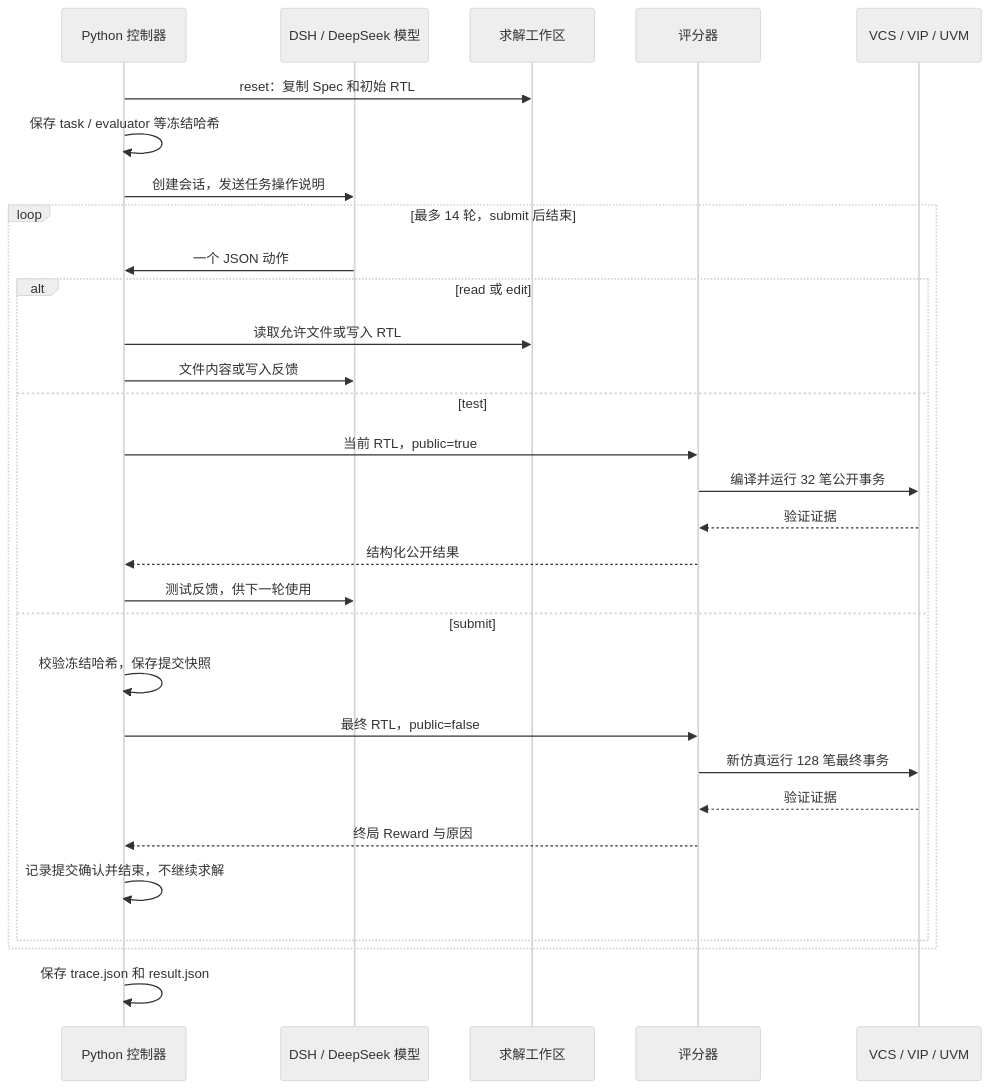
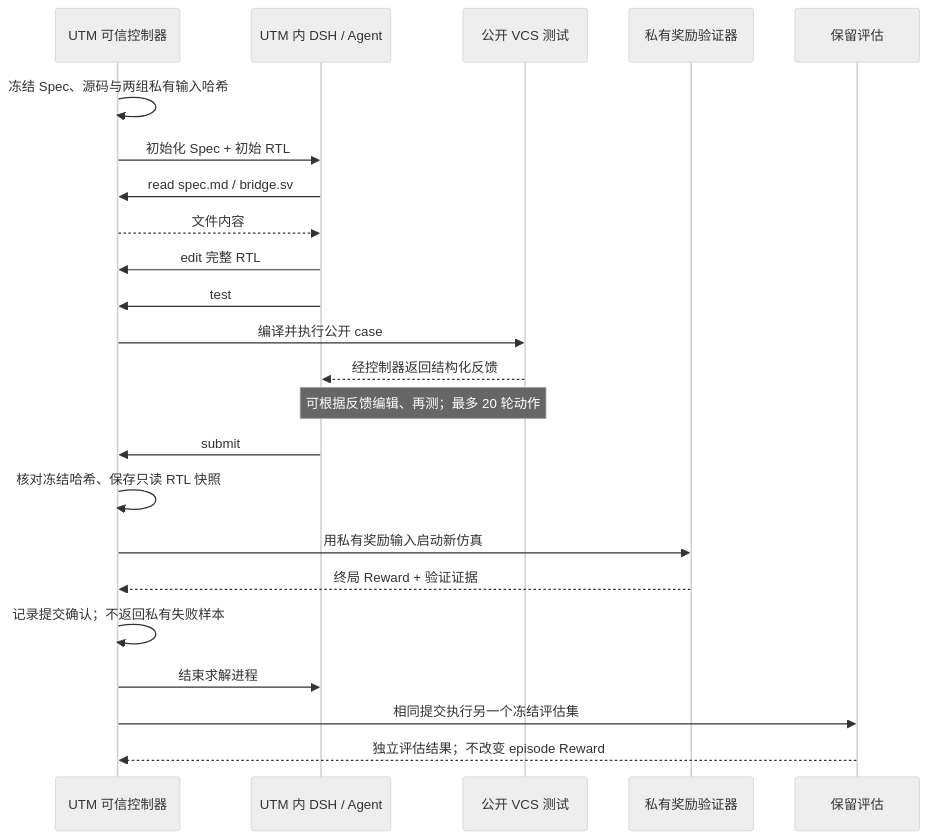
The diagram in docs/agent-workflow.md (5Mcv4He/ProtocolBridge-RL), drawn with Mermaid (neutral theme) before and after one commit. The commit also changed other lines of this file and 34 other files, not shown here.

Commit message:
feat: run DSH in UTM and add requirement-driven VIP verification

````diff
--- a/docs/agent-workflow.md
+++ b/docs/agent-workflow.md
@@ -25,32 +13,25 @@
 ```mermaid
 sequenceDiagram
-    participant C as Python 控制器
-    participant M as DSH / DeepSeek 模型
-    participant W as 求解工作区
-    participant G as 评分器
-    participant V as VCS / VIP / UVM
-    C->>W: reset：复制 Spec 和初始 RTL
-    C->>C: 保存 task / evaluator 等冻结哈希
-    C->>M: 创建会话，发送任务操作说明
-    loop 最多 14 轮，submit 后结束
-        M->>C: 一个 JSON 动作
-        alt read 或 edit
-            C->>W: 读取允许文件或写入 RTL
-            C->>M: 文件内容或写入反馈
-        else test
-            C->>G: 当前 RTL，public=true
-            G->>V: 编译并运行 32 笔公开事务
-            V-->>G: 验证证据
-            G-->>C: 结构化公开结果
-            C->>M: 测试反馈，供下一轮使用
-        else submit
-            C->>C: 校验冻结哈希，保存提交快照
-            C->>G: 最终 RTL，public=false
-            G->>V: 新仿真运行 128 笔最终事务
-            V-->>G: 验证证据
-            G-->>C: 终局 Reward 与原因
-            C->>C: 记录提交确认并结束，不继续求解
-        end
-    end
-    C->>C: 保存 trace.json 和 result.json
+    participant C as UTM 可信控制器
+    participant D as UTM 内 DSH / Agent
+    participant P as 公开 VCS 测试
+    participant G as 私有奖励验证器
+    participant E as 保留评估
+    C->>C: 冻结 Spec、源码与两组私有输入哈希
+    C->>D: 初始化 Spec + 初始 RTL
+    D->>C: read spec.md / bridge.sv
+    C-->>D: 文件内容
+    D->>C: edit 完整 RTL
+    D->>C: test
+    C->>P: 编译并执行公开 case
+    P-->>D: 经控制器返回结构化反馈
+    Note over D,P: 可根据反馈编辑、再测；最多 20 轮动作
+    D->>C: submit
+    C->>C: 核对冻结哈希、保存只读 RTL 快照
+    C->>G: 用私有奖励输入启动新仿真
+    G-->>C: 终局 Reward + 验证证据
+    C->>C: 记录提交确认；不返回私有失败样本
+    C->>D: 结束求解进程
+    C->>E: 相同提交执行另一个冻结评估集
+    E-->>C: 独立评估结果；不改变 episode Reward
 ```
````
